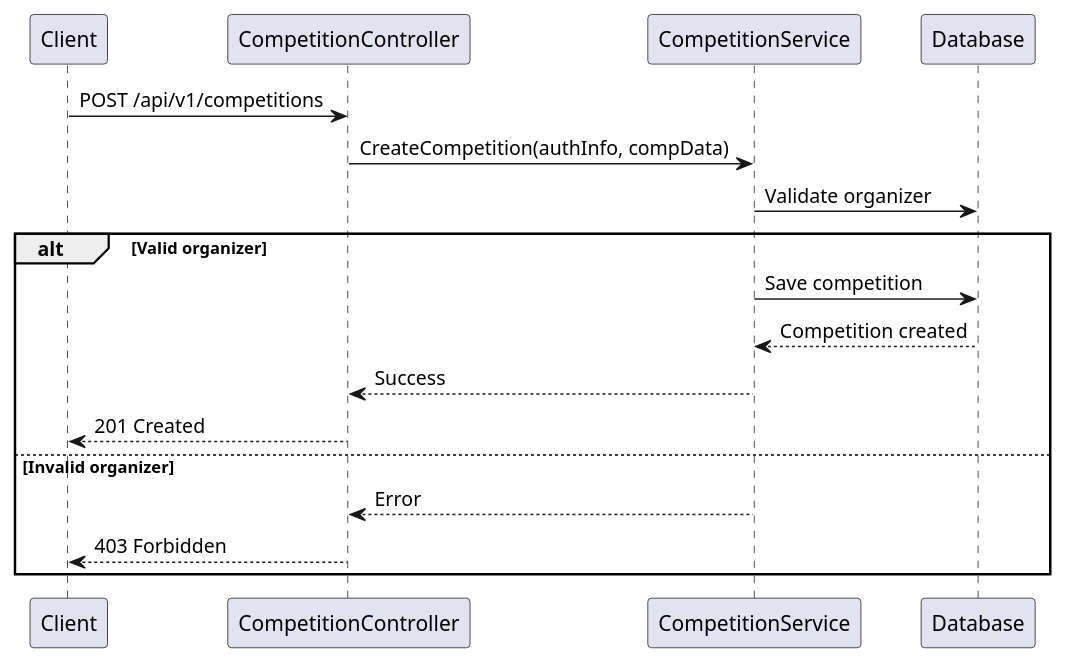
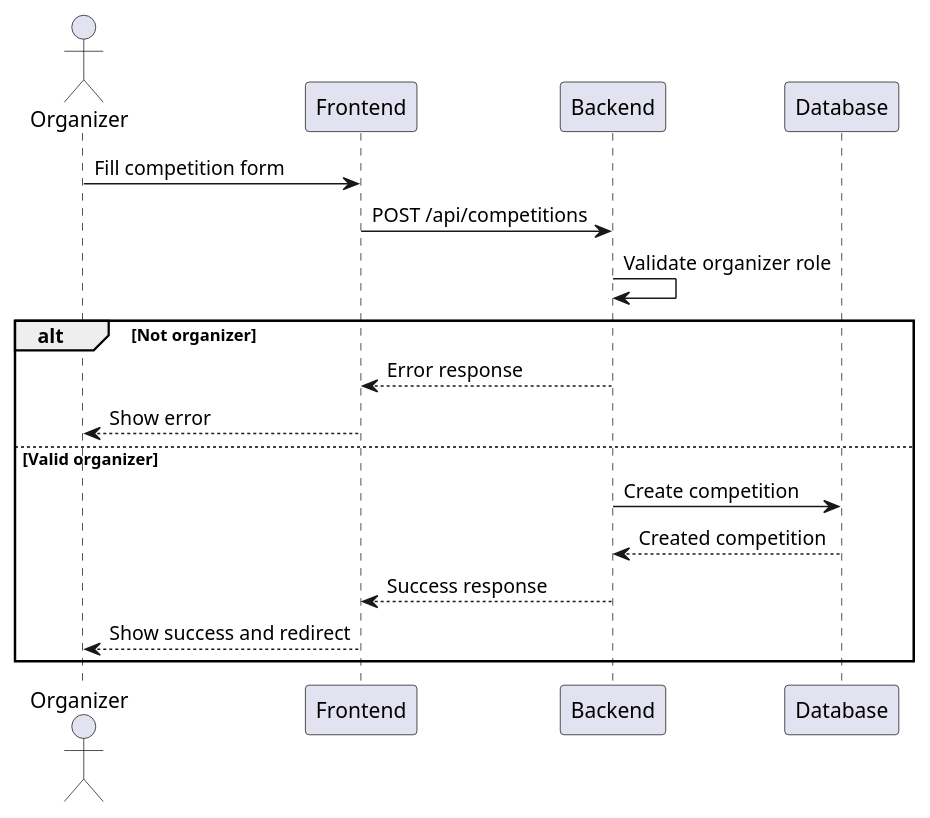
One commit to YukLomba/BE-YukLomba changed the diagram in docs/sequence_diagrams/create_competition.puml. Above: the diagram before and after it, drawn with PlantUML. The commit also changed 15 other files, not shown here.

Commit message:
add diagram

```diff
--- a/docs/sequence_diagrams/create_competition.puml
+++ b/docs/sequence_diagrams/create_competition.puml
@@ -1,19 +1,19 @@
-@startuml
-participant Client
-participant CompetitionController
-participant CompetitionService
+@startuml Create Competition Sequence
+actor Organizer
+participant Frontend
+participant Backend
 participant Database
 
-Client -> CompetitionController: POST /api/v1/competitions
-CompetitionController -> CompetitionService: CreateCompetition(authInfo, compData)
-CompetitionService -> Database: Validate organizer
-alt Valid organizer
-  CompetitionService -> Database: Save competition
-  Database --> CompetitionService: Competition created
-  CompetitionService --> CompetitionController: Success
-  CompetitionController --> Client: 201 Created
-else Invalid organizer
-  CompetitionService --> CompetitionController: Error
-  CompetitionController --> Client: 403 Forbidden
+Organizer -> Frontend: Fill competition form
+Frontend -> Backend: POST /api/competitions
+Backend -> Backend: Validate organizer role
+alt Not organizer
+    Backend --> Frontend: Error response
+    Frontend --> Organizer: Show error
+else Valid organizer
+    Backend -> Database: Create competition
+    Database --> Backend: Created competition
+    Backend --> Frontend: Success response
+    Frontend --> Organizer: Show success and redirect
 end
 @enduml
```
